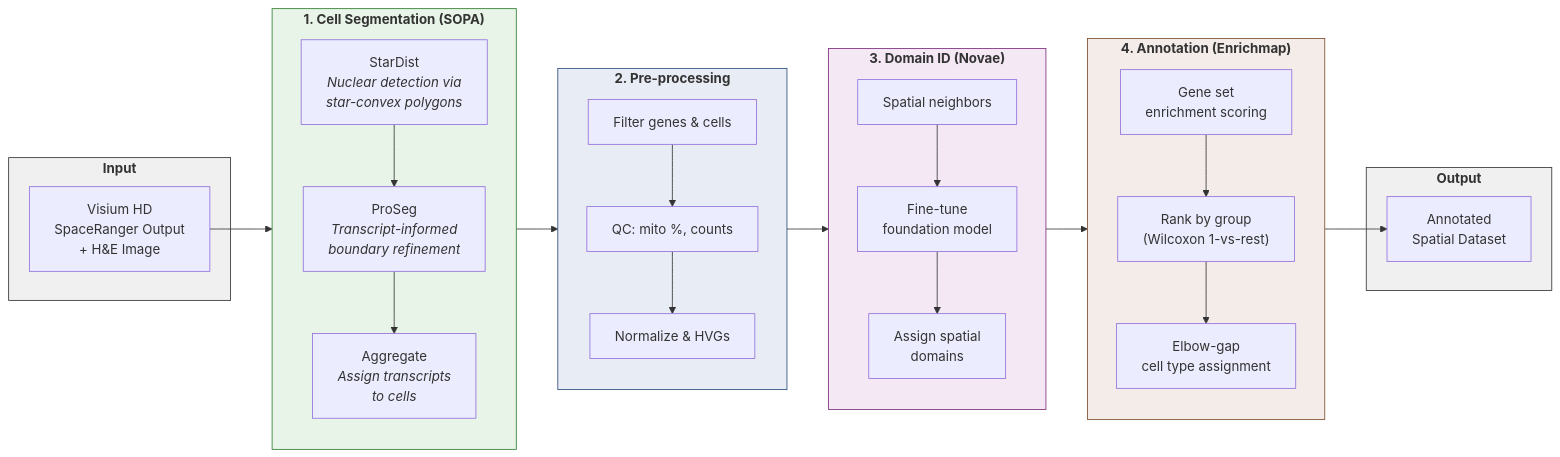
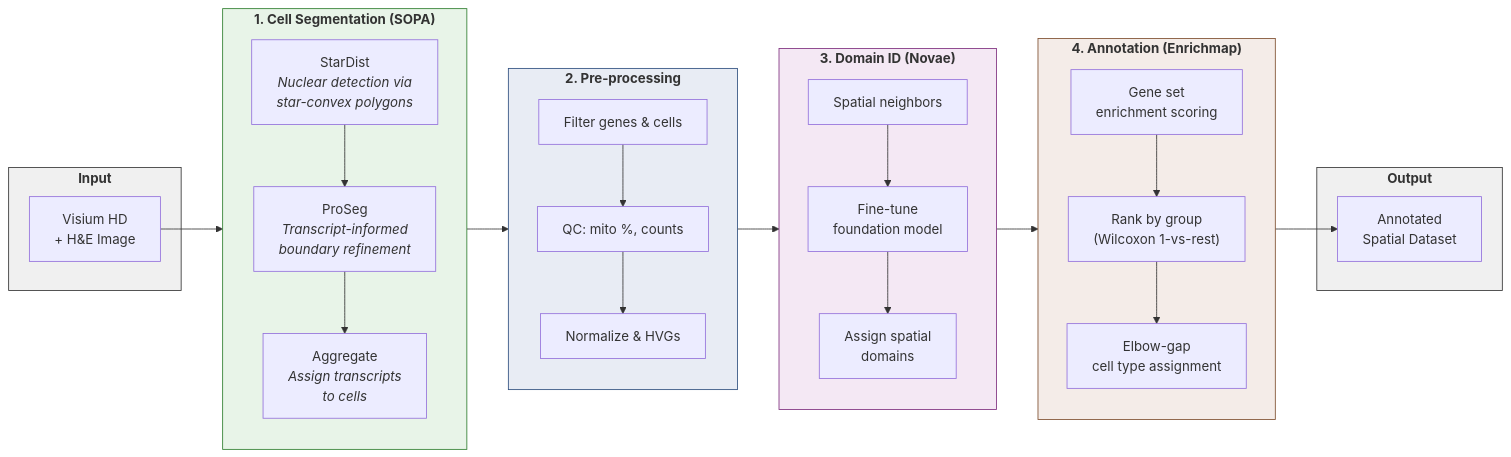
The diagram in _posts/2026-03-14-distill.md (Rafael-Silva-Oliveira/rafael-silva-oliveira.github.io), drawn with Mermaid before and after one commit.

Commit message:
updated diagram

````diff
--- a/_posts/2026-03-14-distill.md
+++ b/_posts/2026-03-14-distill.md
@@ -68,51 +68,51 @@
 ```mermaid
 flowchart LR
     subgraph INPUT["<b>Input</b>"]
-        A["Visium HD\nSpaceRanger Output\n+ H&E Image"]
+        A["Visium HD\n+ H&E Image"]
     end
 
     subgraph SEG["<b>1. Cell Segmentation (SOPA)</b>"]
         direction TB
         B1["StarDist\n<i>Nuclear detection via\nstar-convex polygons</i>"]
         B2["ProSeg\n<i>Transcript-informed\nboundary refinement</i>"]
         B3["Aggregate\n<i>Assign transcripts\nto cells</i>"]
         B1 --> B2 --> B3
     end
 
     subgraph PRE["<b>2. Pre-processing</b>"]
         direction TB
         C1["Filter genes & cells"]
         C2["QC: mito %, counts"]
         C3["Normalize & HVGs"]
         C1 --> C2 --> C3
     end
 
     subgraph DOM["<b>3. Domain ID (Novae)</b>"]
         direction TB
         D1["Spatial neighbors"]
         D2["Fine-tune\nfoundation model"]
         D3["Assign spatial\ndomains"]
         D1 --> D2 --> D3
     end
 
     subgraph ANN["<b>4. Annotation (Enrichmap)</b>"]
         direction TB
         E1["Gene set\nenrichment scoring"]
         E2["Rank by group\n(Wilcoxon 1-vs-rest)"]
         E3["Elbow-gap\ncell type assignment"]
         E1 --> E2 --> E3
     end
 
     subgraph OUT["<b>Output</b>"]
         F["Annotated\nSpatial Dataset"]
     end
 
     A --> SEG --> PRE --> DOM --> ANN --> F
 
     style INPUT fill:#f0f0f0,stroke:#333
     style SEG fill:#e8f4e8,stroke:#2d7d2d
     style PRE fill:#e8ecf4,stroke:#2d4d7d
     style DOM fill:#f4e8f4,stroke:#7d2d7d
     style ANN fill:#f4ece8,stroke:#7d4d2d
     style OUT fill:#f0f0f0,stroke:#333
 ```
````
